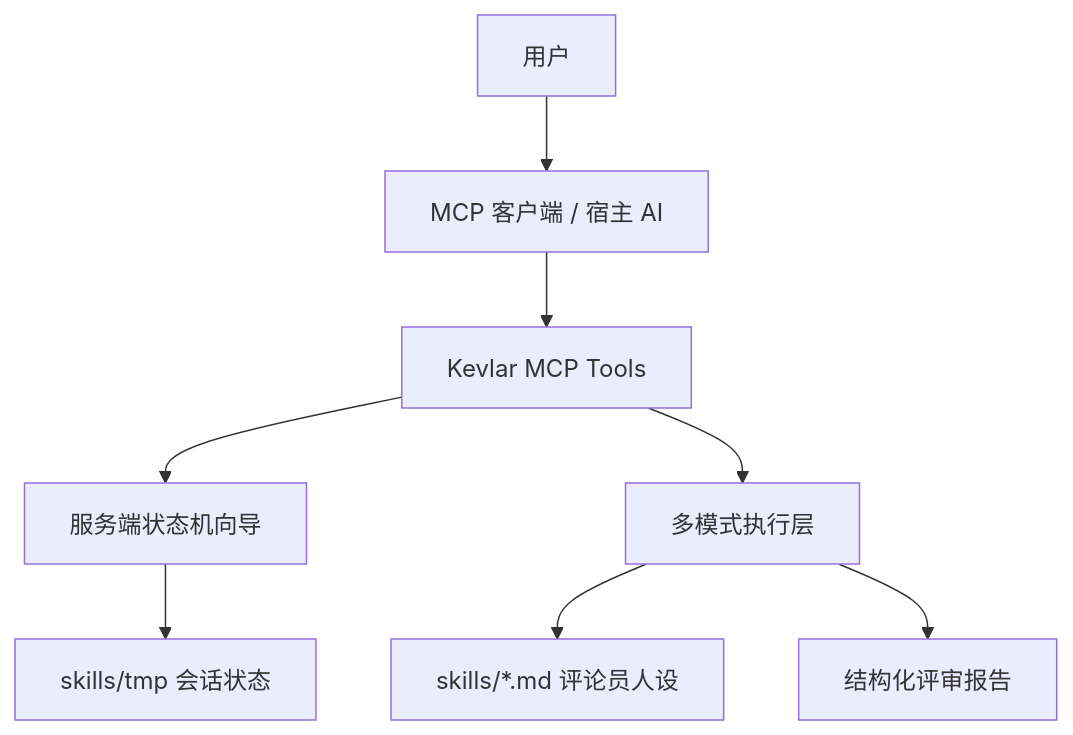
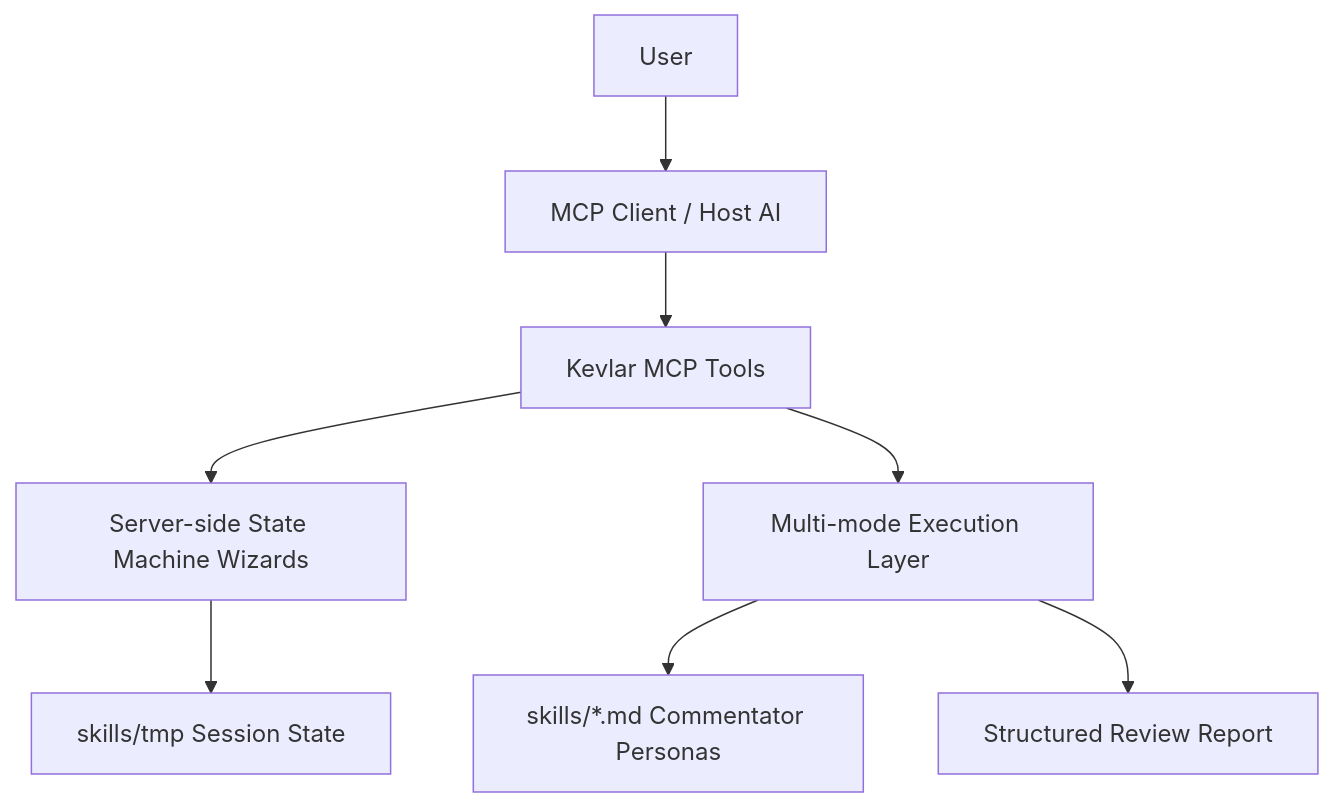
The third of 3 diagrams in README.md (ChurzeXo/kevlar-4u), drawn with Mermaid before and after one commit. The commit also changed other lines of this file and 3 other files, not shown here.

````diff
--- a/README.md
+++ b/README.md
@@ -232,10 +234,10 @@
 ```mermaid
 flowchart TD
-  User["用户"] --> Client["MCP 客户端 / 宿主 AI"]
+  User["User"] --> Client["MCP Client / Host AI"]
   Client --> Tools["Kevlar MCP Tools"]
-  Tools --> Wizards["服务端状态机向导"]
-  Tools --> Execution["多模式执行层"]
-  Wizards --> Tmp["skills/tmp 会话状态"]
-  Execution --> Personas["skills/*.md 评论员人设"]
-  Execution --> Report["结构化评审报告"]
+  Tools --> Wizards["Server-side State Machine Wizards"]
+  Tools --> Execution["Multi-mode Execution Layer"]
+  Wizards --> Tmp["skills/tmp Session State"]
+  Execution --> Personas["skills/*.md Commentator Personas"]
+  Execution --> Report["Structured Review Report"]
 ```
````
